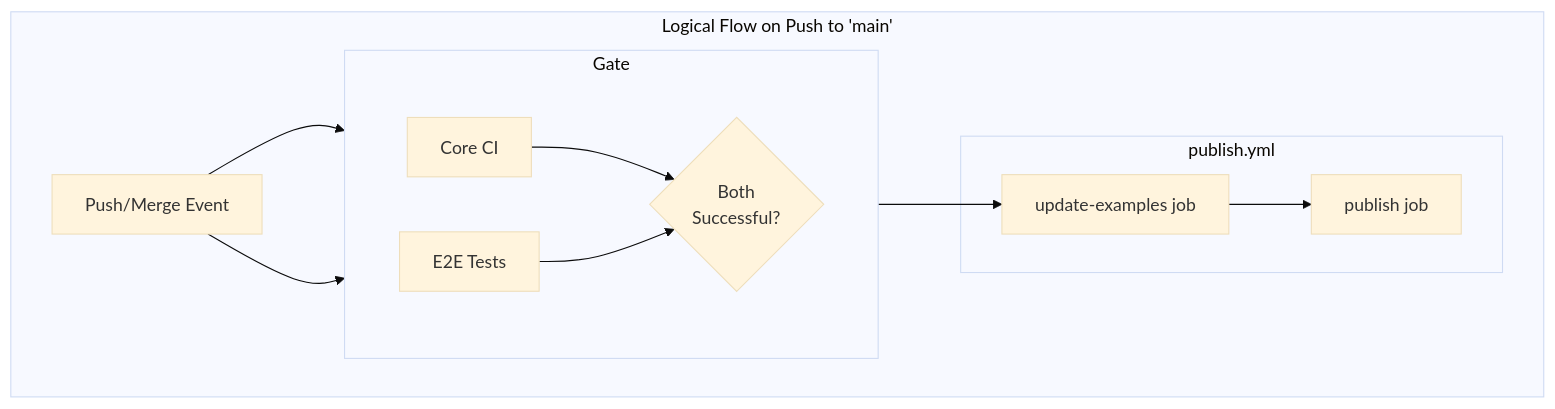
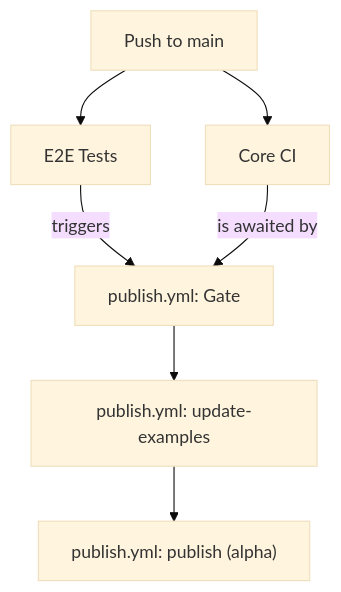
Before and after one commit to MrT3313/CREATE-ELECTRON-FOUNDATION: the second of 3 diagrams in .github/diagram.md, drawn with Mermaid (base theme). The commit also changed other lines of this file and 2 other files, not shown here.

````diff
--- a/.github/diagram.md
+++ b/.github/diagram.md
@@ -28,19 +31,9 @@
 ```mermaid
-graph TD;
-    subgraph "Logical Flow on Push to 'main'";
-        A[Push/Merge Event] --> B["Core CI"];
-        A --> C["E2E Tests"];
-
-        subgraph "Gate";
-            direction LR
-            B --> G{Both<br/>Successful?};
-            C --> G;
-        end
-
-        subgraph "publish.yml";
-            E["update-examples job"] --> D["publish job"];
-        end
-
-        G --> E;
-    end
+graph TD
+    PushToMain["Push to main"] --> CoreCI["Core CI"]
+    PushToMain --> E2ETests["E2E Tests"]
+    E2ETests -- triggers --> Gate["publish.yml: Gate"]
+    CoreCI -- "is awaited by" --> Gate
+    Gate --> UpdateExamples["publish.yml: update-examples"]
+    UpdateExamples --> PublishAlpha["publish.yml: publish (alpha)"]
 ```
````
